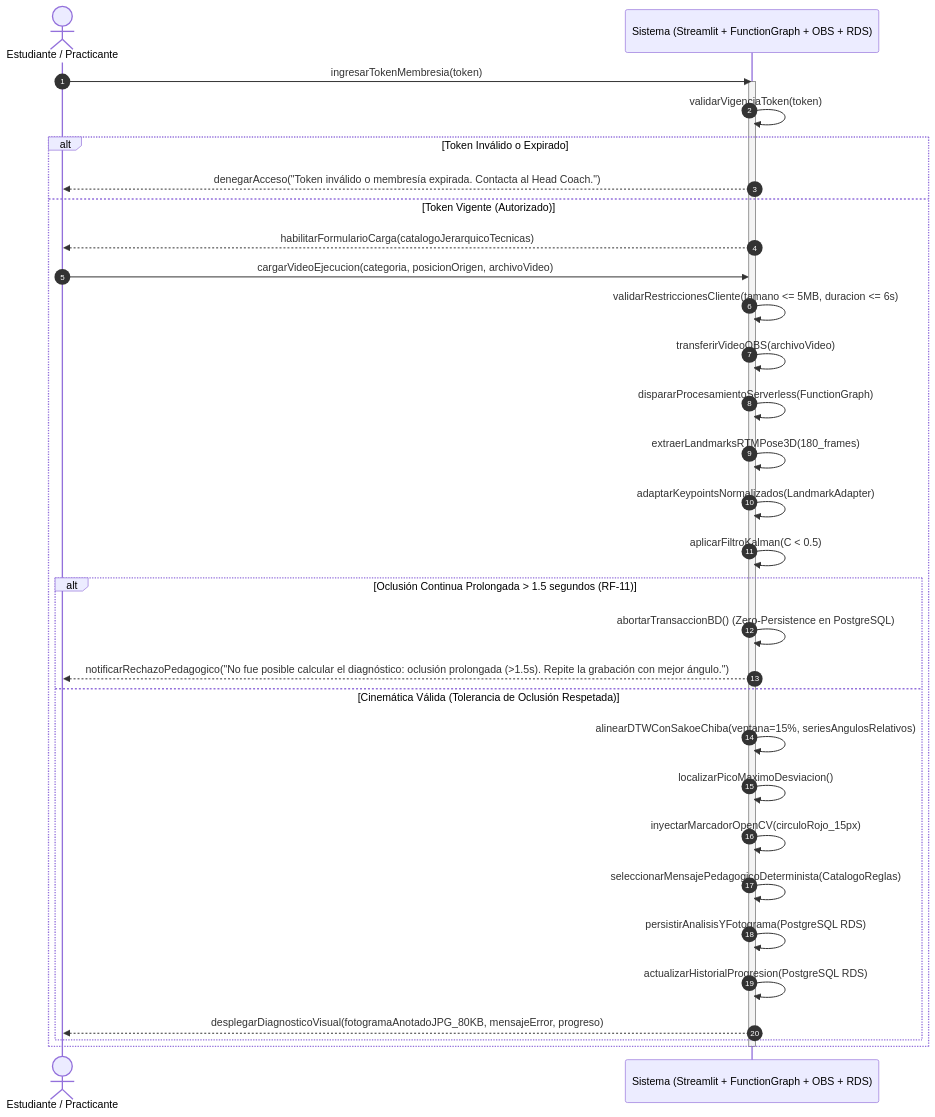
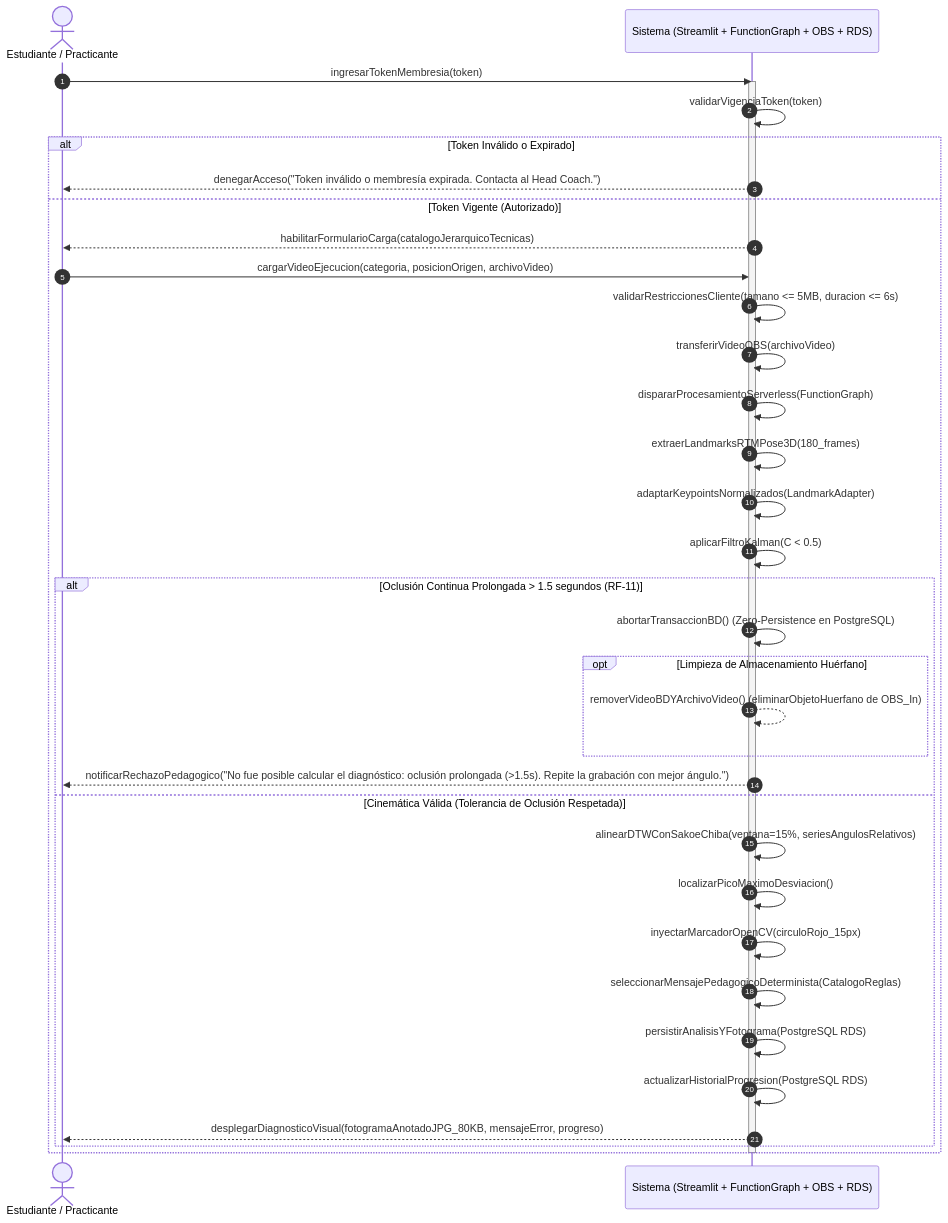
The seventh of 10 diagrams in README.md (Tsmrain/JiuJitsu), drawn with Mermaid before and after one commit. The commit also changed other lines of this file, not shown here.

````diff
--- a/README.md
+++ b/README.md
@@ -1051,38 +1053,41 @@
 ```mermaid
 sequenceDiagram
     autonumber
     actor E as Estudiante / Practicante
     participant Sis as Sistema (Streamlit + FunctionGraph + OBS + RDS)
 
     E->>Sis: ingresarTokenMembresia(token)
     activate Sis
     Sis->>Sis: validarVigenciaToken(token)
     alt Token Inválido o Expirado
         Sis-->>E: denegarAcceso("Token inválido o membresía expirada. Contacta al Head Coach.")
     else Token Vigente (Autorizado)
         Sis-->>E: habilitarFormularioCarga(catalogoJerarquicoTecnicas)
         
         E->>Sis: cargarVideoEjecucion(categoria, posicionOrigen, archivoVideo)
         Sis->>Sis: validarRestriccionesCliente(tamano <= 5MB, duracion <= 6s)
         
         Sis->>Sis: transferirVideoOBS(archivoVideo)
         Sis->>Sis: dispararProcesamientoServerless(FunctionGraph)
         Sis->>Sis: extraerLandmarksRTMPose3D(180_frames)
         Sis->>Sis: adaptarKeypointsNormalizados(LandmarkAdapter)
         Sis->>Sis: aplicarFiltroKalman(C < 0.5)
 
         alt Oclusión Continua Prolongada > 1.5 segundos (RF-11)
             Sis->>Sis: abortarTransaccionBD() (Zero-Persistence en PostgreSQL)
+            opt Limpieza de Almacenamiento Huérfano
+                Sis-->>Sis: removerVideoBDYArchivoVideo() (eliminarObjetoHuerfano de OBS_In)
+            end
             Sis-->>E: notificarRechazoPedagogico("No fue posible calcular el diagnóstico: oclusión prolongada (>1.5s). Repite la grabación con mejor ángulo.")
         else Cinemática Válida (Tolerancia de Oclusión Respetada)
             Sis->>Sis: alinearDTWConSakoeChiba(ventana=15%, seriesAngulosRelativos)
             Sis->>Sis: localizarPicoMaximoDesviacion()
             Sis->>Sis: inyectarMarcadorOpenCV(circuloRojo_15px)
             Sis->>Sis: seleccionarMensajePedagogicoDeterminista(CatalogoReglas)
             Sis->>Sis: persistirAnalisisYFotograma(PostgreSQL RDS)
             Sis->>Sis: actualizarHistorialProgresion(PostgreSQL RDS)
             Sis-->>E: desplegarDiagnosticoVisual(fotogramaAnotadoJPG_80KB, mensajeError, progreso)
         end
     end
     deactivate Sis
 ```
````
